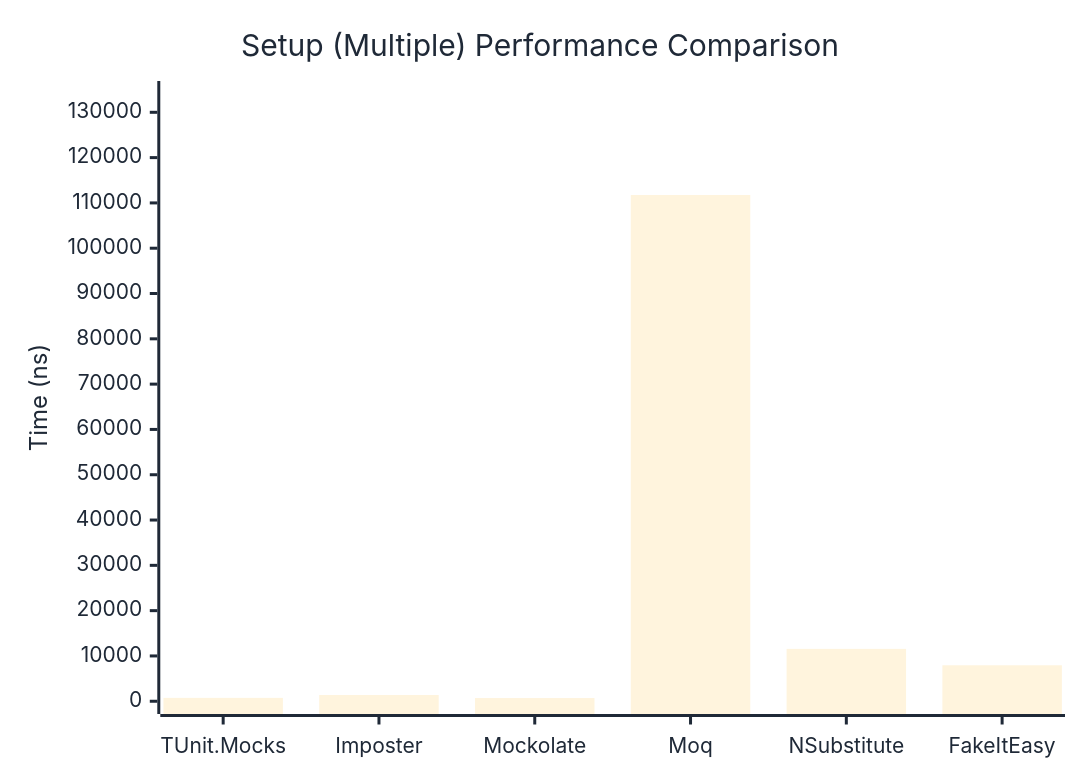
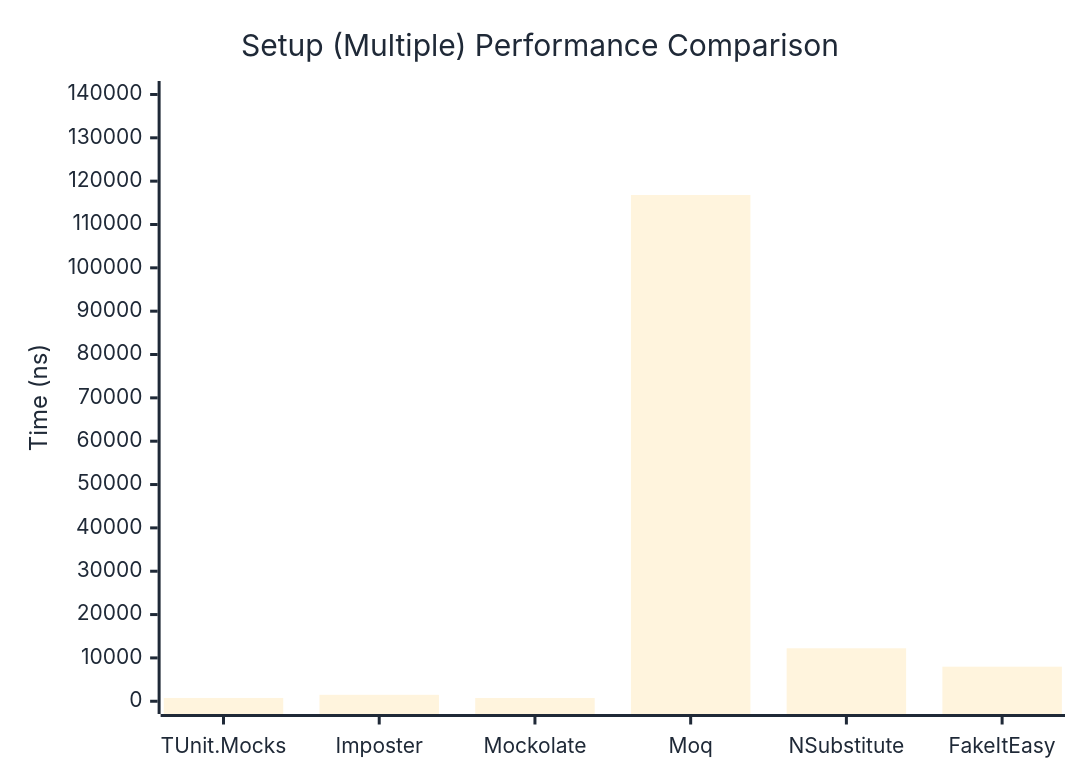
The second of 2 diagrams in docs/docs/benchmarks/mocks/Setup.md (thomhurst/TUnit), drawn with Mermaid before and after one commit. The commit also changed other lines of this file and 14 other files, not shown here.

````diff
--- a/docs/docs/benchmarks/mocks/Setup.md
+++ b/docs/docs/benchmarks/mocks/Setup.md
@@ -69,27 +69,27 @@
 ```mermaid
 %%{init: {
   'theme':'base',
   'themeVariables': {
     'primaryColor': '#2563eb',
     'primaryTextColor': '#1f2937',
     'primaryBorderColor': '#1e40af',
     'lineColor': '#6b7280',
     'secondaryColor': '#7c3aed',
     'tertiaryColor': '#dc2626',
     'background': '#ffffff',
     'pie1': '#2563eb',
     'pie2': '#7c3aed',
     'pie3': '#dc2626',
     'pie4': '#f59e0b',
     'pie5': '#10b981',
     'pie6': '#06b6d4',
     'pie7': '#ec4899',
     'pie8': '#6366f1'
   }
 }}%%
 xychart-beta
   title "Setup (Multiple) Performance Comparison"
   x-axis ["TUnit.Mocks", "Imposter", "Mockolate", "Moq", "NSubstitute", "FakeItEasy"]
-  y-axis "Time (ns)" 0 --> 134097
-  bar [743.7, 1384.7, 707.3, 111746.9, 11563.4, 7942.7]
+  y-axis "Time (ns)" 0 --> 140166
+  bar [756.4, 1480.8, 743.4, 116804.7, 12220, 7978.2]
 ```
````
